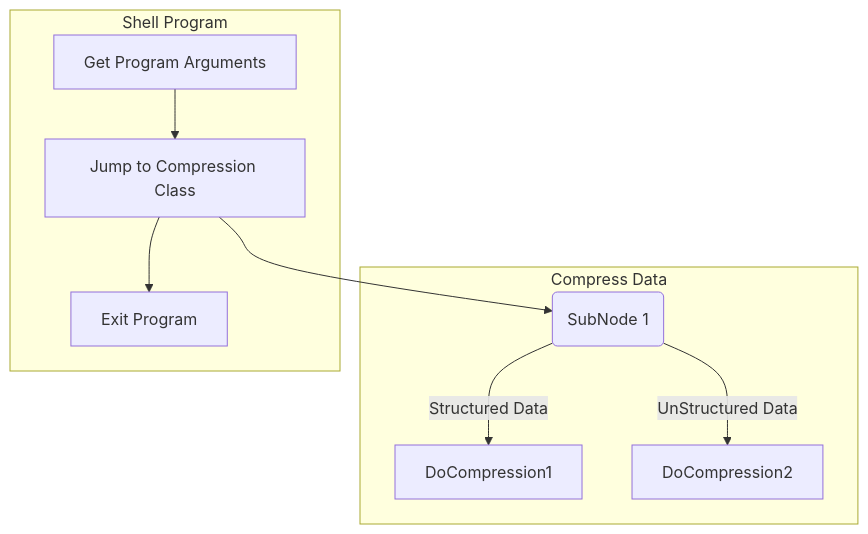
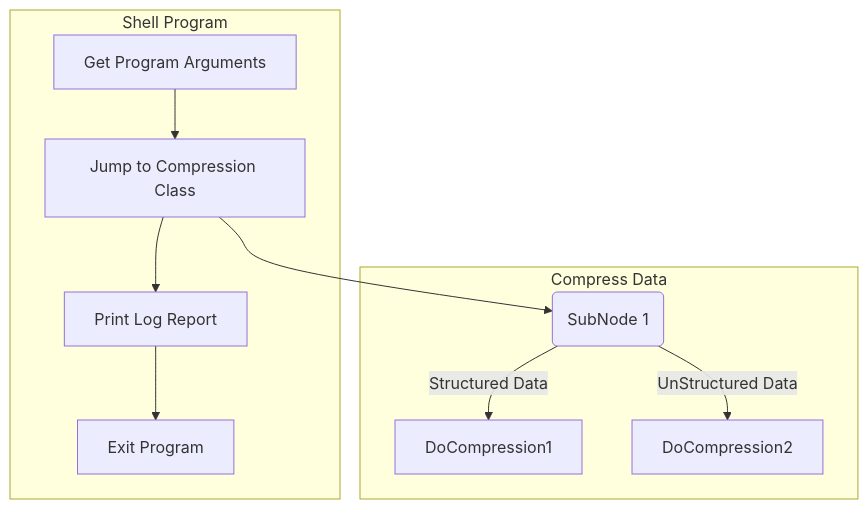
Before and after one commit to carldavidbrownjr/repo1: the third of 3 diagrams in foundation.git.markdown.md, drawn with Mermaid.

````diff
--- a/foundation.git.markdown.md
+++ b/foundation.git.markdown.md
@@ -59,15 +59,16 @@
 ```mermaid
 graph TB
 
   SubGraph1 --> SubGraph1Flow
   subgraph "Compress Data"
   SubGraph1Flow(SubNode 1)
   SubGraph1Flow -- Structured Data --> DoCompression1
   SubGraph1Flow -- UnStructured Data --> DoCompression2
   end
 
   subgraph "Shell Program"
   userinput[Get Program Arguments] --> SubGraph1[Jump to Compression Class]
-  SubGraph1 --> endprg[Exit Program]
+  SubGraph1 --> printReport[Print Log Report]
+  printReport --> endprg[Exit Program]
 end
 ```
````
